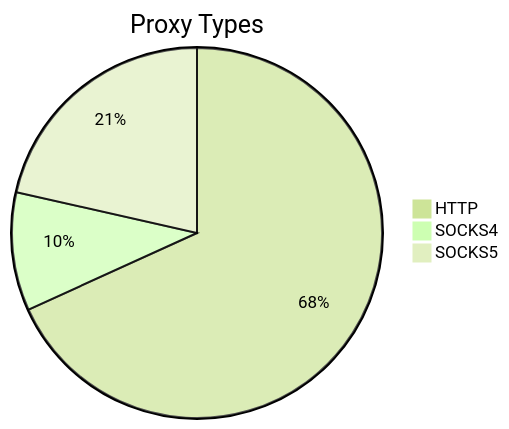
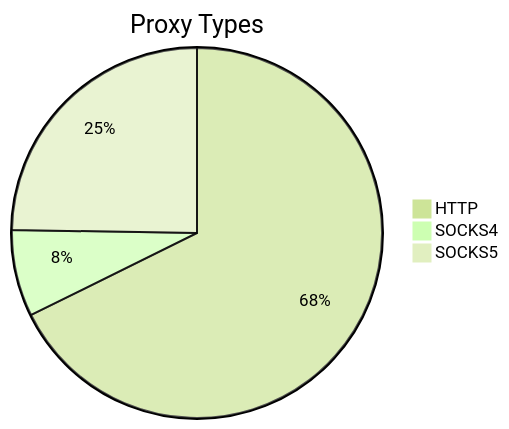
The first of 2 diagrams in README.md (stormsia/proxy-list), drawn with Mermaid (forest theme) before and after one commit. The commit also changed other lines of this file, not shown here.

````diff
--- a/README.md
+++ b/README.md
@@ -21,6 +21,6 @@
 ```mermaid
 pie title Proxy Types
-    "HTTP" : 251
-    "SOCKS4" : 38
-    "SOCKS5" : 79
+    "HTTP" : 197
+    "SOCKS4" : 22
+    "SOCKS5" : 72
 ```
````
